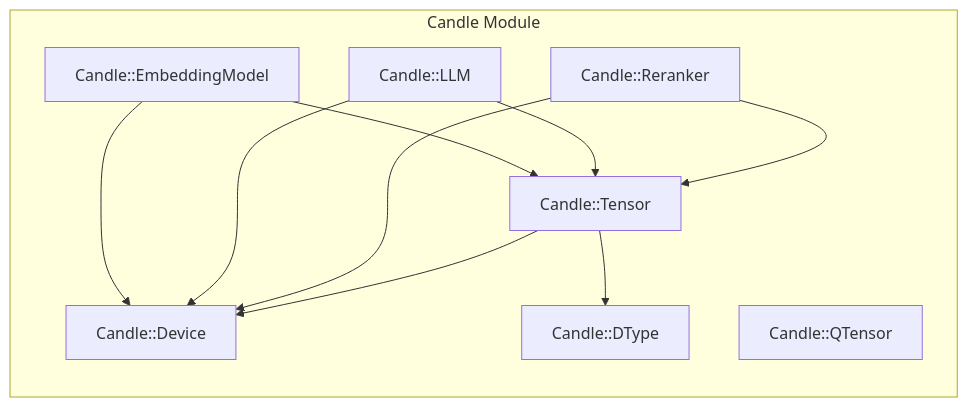
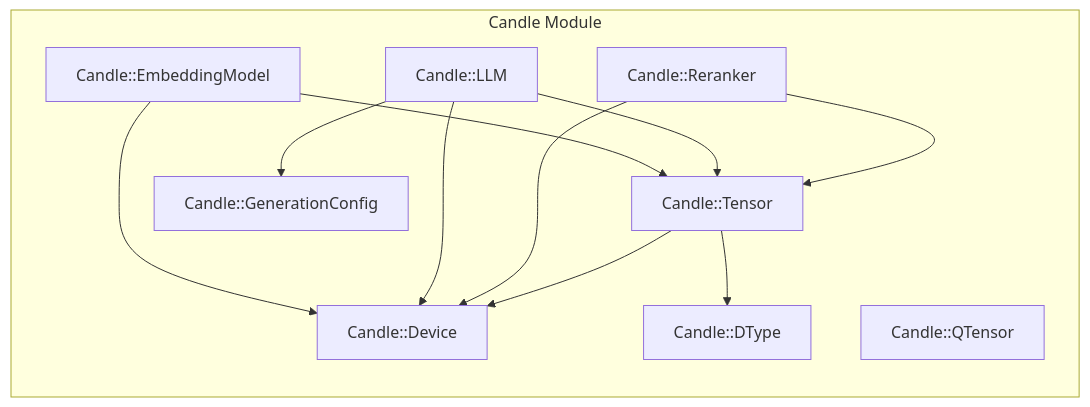
The second of 5 diagrams in CLAUDE.md (assaydepot/red-candle), drawn with Mermaid before and after one commit. The commit also changed other lines of this file, not shown here.

````diff
--- a/CLAUDE.md
+++ b/CLAUDE.md
@@ -47,21 +49,23 @@
 ```mermaid
 graph LR
     subgraph "Candle Module"
         A[Candle::Tensor]
         B[Candle::Device]
         C[Candle::DType]
         D[Candle::EmbeddingModel]
         E[Candle::LLM]
         F[Candle::Reranker]
         G[Candle::QTensor]
+        H[Candle::GenerationConfig]
     end
     
     D --> A
     D --> B
     E --> A
     E --> B
+    E --> H
     F --> A
     F --> B
     A --> C
     A --> B
 ```
````
